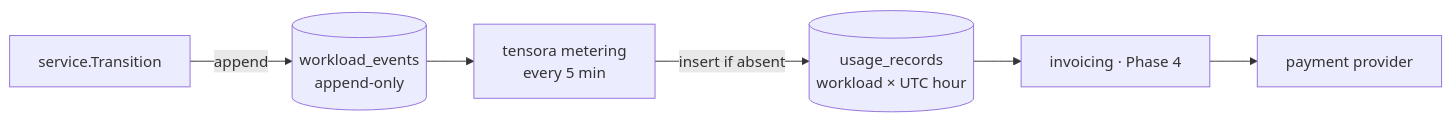
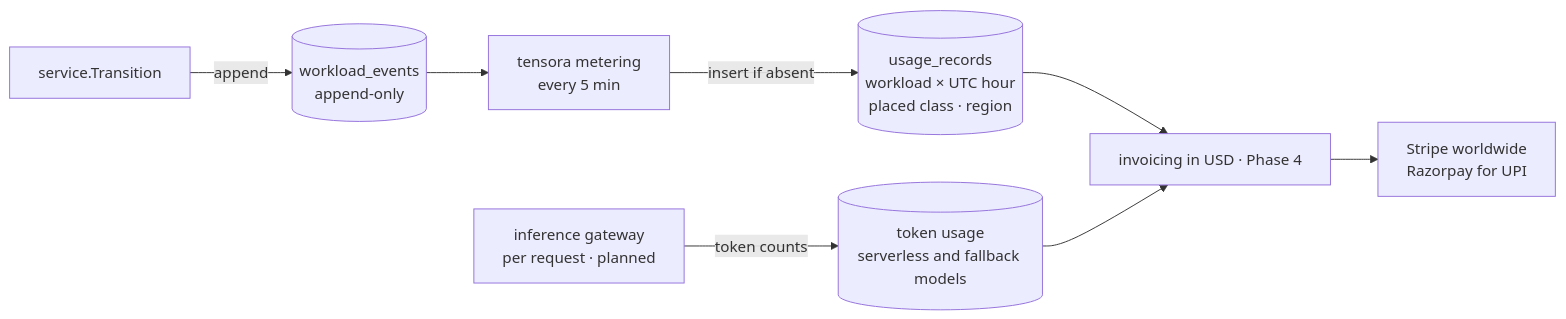
Before and after one commit to krishnanand20/Tensora: the diagram in docs/architecture/metering-and-billing.md, drawn with Mermaid. The commit also changed 52 other files, not shown here.

````diff
--- a/docs/architecture/metering-and-billing.md
+++ b/docs/architecture/metering-and-billing.md
@@ -11,8 +11,10 @@
 ```mermaid
 flowchart LR
   T[service.Transition] -->|append| E[(workload_events<br/>append-only)]
   E --> M[tensora metering<br/>every 5 min]
-  M -->|insert if absent| U[(usage_records<br/>workload × UTC hour)]
-  U --> I[invoicing · Phase 4]
-  I --> P[payment provider]
+  M -->|insert if absent| U[(usage_records<br/>workload × UTC hour<br/>placed class · region)]
+  G[inference gateway<br/>per request · planned] -->|token counts| TU[(token usage<br/>serverless and fallback models)]
+  U --> I[invoicing in USD · Phase 4]
+  TU --> I
+  I --> P[Stripe worldwide<br/>Razorpay for UPI]
 ```
````
